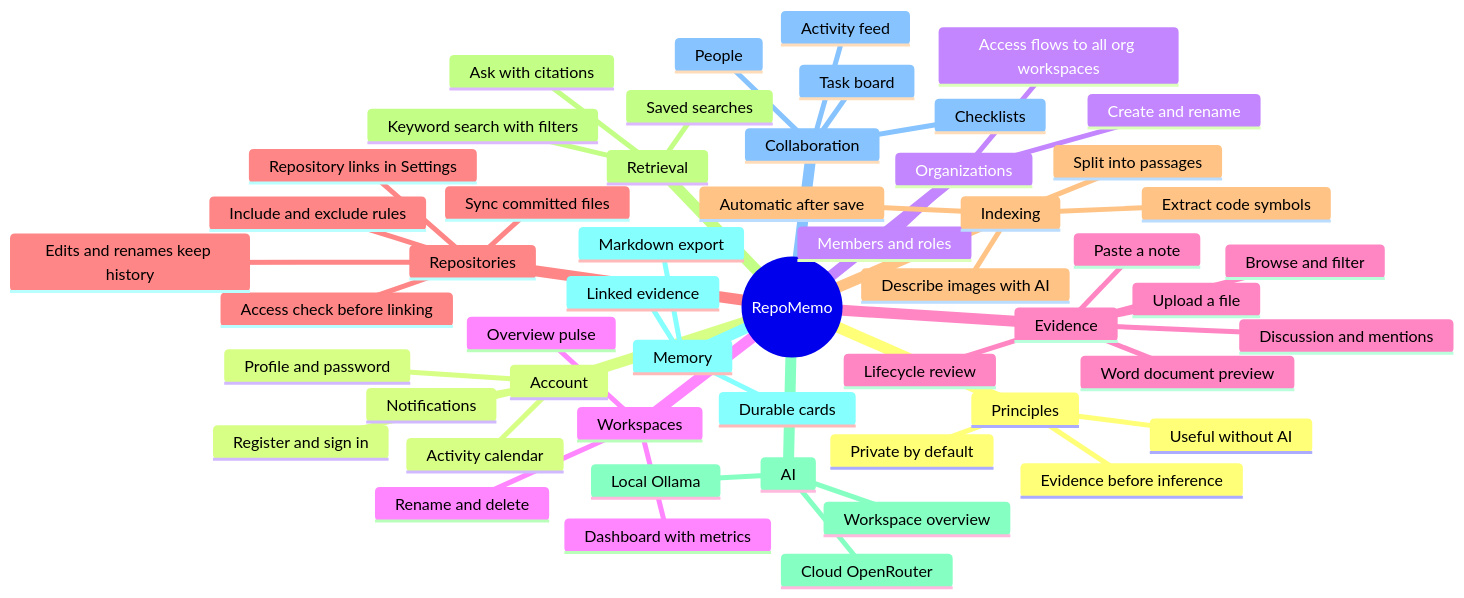
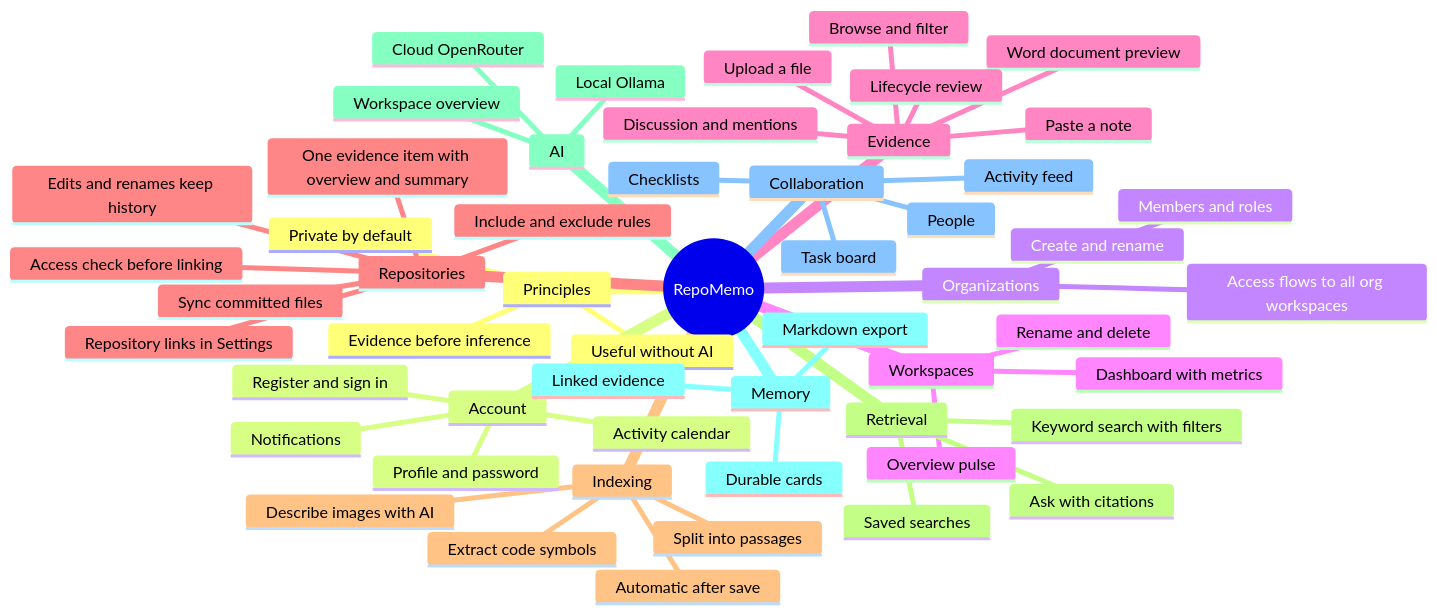
One commit to winksen/RepoMemo changed the diagram in mindmap/FUNCTIONAL_MINDMAP.md. Above: the diagram before and after it, drawn with Mermaid. The commit also changed other lines of this file and 18 other files, not shown here.

````diff
--- a/mindmap/FUNCTIONAL_MINDMAP.md
+++ b/mindmap/FUNCTIONAL_MINDMAP.md
@@ -61,56 +61,57 @@
 ```mermaid
 mindmap
   root((RepoMemo))
     Principles
       Evidence before inference
       Useful without AI
       Private by default
     Account
       Register and sign in
       Profile and password
       Activity calendar
       Notifications
     Organizations
       Create and rename
       Members and roles
       Access flows to all org workspaces
     Workspaces
       Dashboard with metrics
       Overview pulse
       Rename and delete
     Evidence
       Paste a note
       Upload a file
       Browse and filter
       Word document preview
       Lifecycle review
       Discussion and mentions
     Repositories
       Repository links in Settings
       Access check before linking
       Sync committed files
       Edits and renames keep history
       Include and exclude rules
+      One evidence item with overview and summary
     Indexing
       Automatic after save
       Split into passages
       Extract code symbols
       Describe images with AI
     Retrieval
       Keyword search with filters
       Saved searches
       Ask with citations
     AI
       Local Ollama
       Cloud OpenRouter
       Workspace overview
     Memory
       Durable cards
       Linked evidence
       Markdown export
     Collaboration
       Task board
       Checklists
       People
       Activity feed
 ```
````
